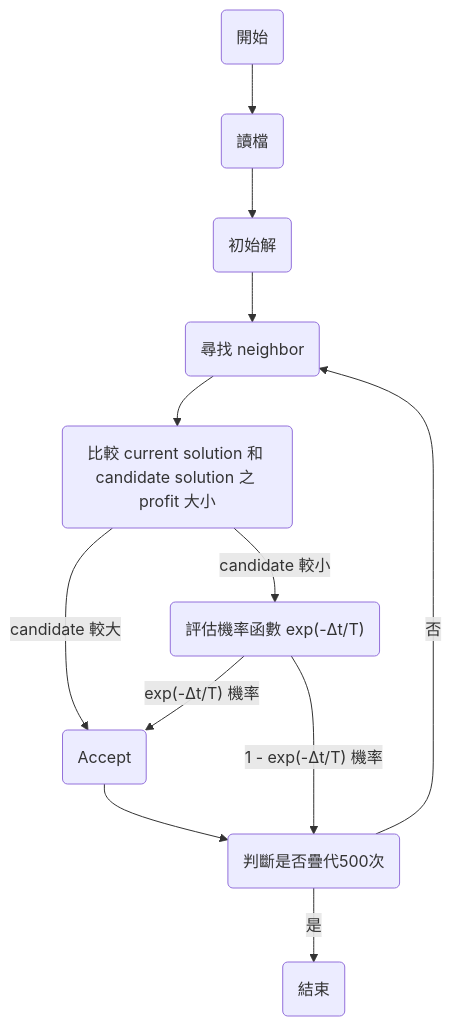
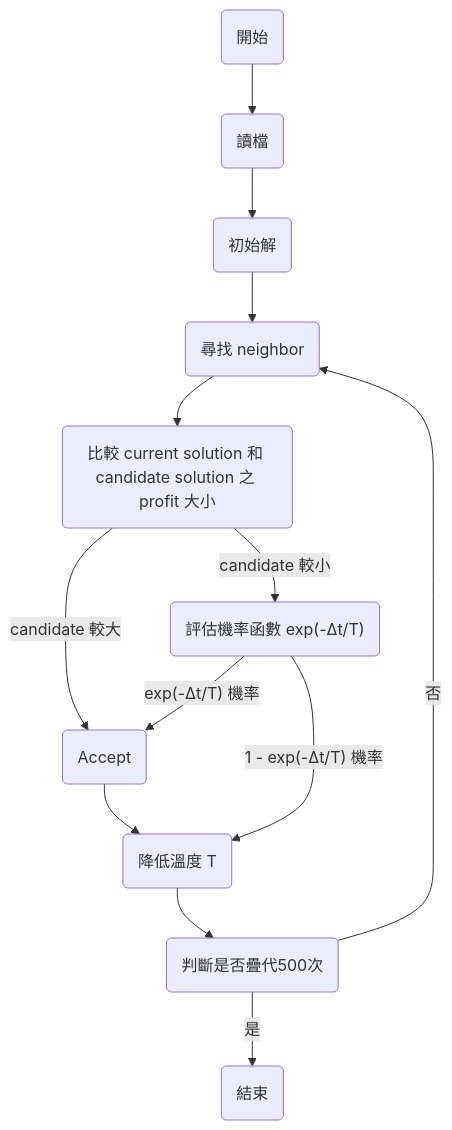
The diagram in 2.Meta-heuristic Algorithm/2.Simulated annealing/README.md (Kenhchs/AWINLAB), drawn with Mermaid before and after one commit. The commit also changed other lines of this file, not shown here.

````diff
--- a/2.Meta-heuristic Algorithm/2.Simulated annealing/README.md
+++ b/2.Meta-heuristic Algorithm/2.Simulated annealing/README.md
@@ -32,14 +32,15 @@
 ```mermaid
 graph TD;
   A(開始) -->B(讀檔)
   B --> C(初始解)
   C --> D(尋找 neighbor)
   D --> E(比較 current solution 和 candidate solution 之 profit 大小)
   E --> |candidate 較大| F(Accept)
   E --> |candidate 較小| G("評估機率函數 exp(-Δt/T)")
   G --> |"exp(-Δt/T) 機率"| F
-  G --> |"1 - exp(-Δt/T) 機率"| H(判斷是否疊代500次)
+  G --> |"1 - exp(-Δt/T) 機率"| H(降低溫度 T)
   F --> H
-  H --> |是| I(結束)
-  H --> |否| D
+  H --> I(判斷是否疊代500次)
+  I --> |是| J(結束)
+  I --> |否| D
 ```
````
